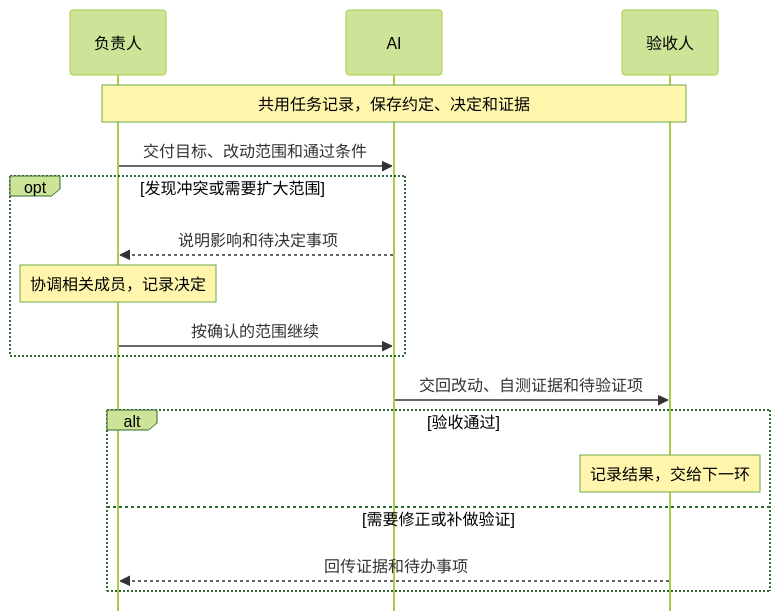
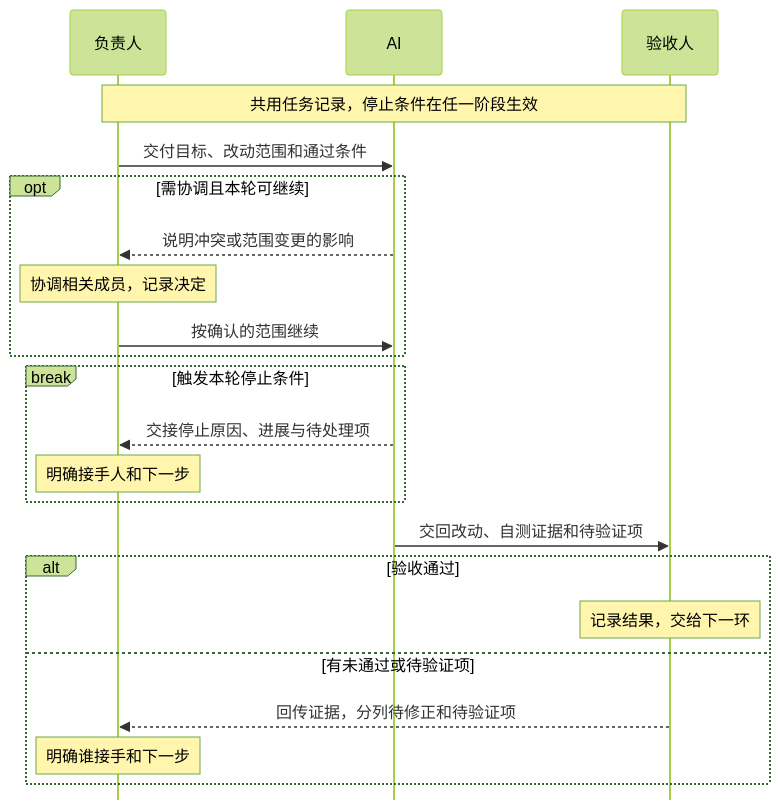
One commit to gonglei007/GameDevMind changed the diagram in docs/AI游戏开发/01.协作与决策原则.md. Above: the diagram before and after it, drawn with Mermaid (forest theme). The commit also changed other lines of this file and 2 other files, not shown here.

Commit message:
docs(AI): 明确协作停止条件与接续责任

````diff
--- a/docs/AI游戏开发/01.协作与决策原则.md
+++ b/docs/AI游戏开发/01.协作与决策原则.md
@@ -11,20 +11,25 @@
 ```mermaid
 %%{init: {"sequence": {"width": 96, "actorMargin": 32, "mirrorActors": false}}}%%
 sequenceDiagram
     participant O as 负责人
     participant A as AI
     participant V as 验收人
-    Note over O,V: 共用任务记录，保存约定、决定和证据
+    Note over O,V: 共用任务记录，停止条件在任一阶段生效
     O->>A: 交付目标、改动范围和通过条件
-    opt 发现冲突或需要扩大范围
-        A-->>O: 说明影响和待决定事项
+    opt 需协调且本轮可继续
+        A-->>O: 说明冲突或范围变更的影响
         Note over O: 协调相关成员，记录决定
         O->>A: 按确认的范围继续
+    end
+    break 触发本轮停止条件
+        A-->>O: 交接停止原因、进展与待处理项
+        Note over O: 明确接手人和下一步
     end
     A->>V: 交回改动、自测证据和待验证项
     alt 验收通过
         Note over V: 记录结果，交给下一环
-    else 需要修正或补做验证
-        V-->>O: 回传证据和待办事项
+    else 有未通过或待验证项
+        V-->>O: 回传证据，分列待修正和待验证项
+        Note over O: 明确谁接手和下一步
     end
 ```
````
